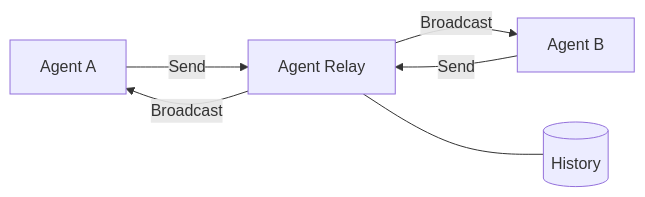
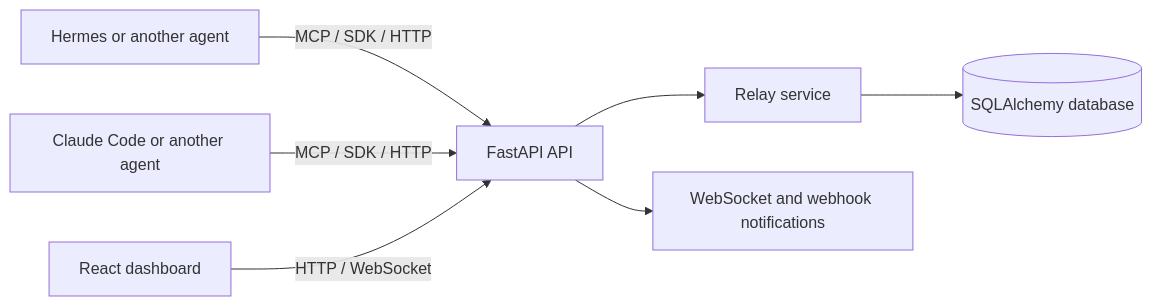
One commit to connectwithprakash/connectwithprakash.github.io changed the second of 2 diagrams in src/content/projects/agent-relay.md. Above: the diagram before and after it, drawn with Mermaid. The commit also changed other lines of this file, not shown here.

Commit message:
feat: update Agent Relay project page

````diff
--- a/src/content/projects/agent-relay.md
+++ b/src/content/projects/agent-relay.md
@@ -41,8 +84,9 @@
 ```mermaid
 flowchart LR
-    A[Agent A] -->|Send| R[Agent Relay]
-    R -->|Broadcast| A
-    R -->|Broadcast| B[Agent B]
-    B -->|Send| R
-    R --- DB[(History)]
+    H[Hermes or another agent] -->|MCP / SDK / HTTP| API[FastAPI API]
+    C[Claude Code or another agent] -->|MCP / SDK / HTTP| API
+    UI[React dashboard] -->|HTTP / WebSocket| API
+    API --> S[Relay service]
+    S --> DB[(SQLAlchemy database)]
+    API --> W[WebSocket and webhook notifications]
 ```
````
